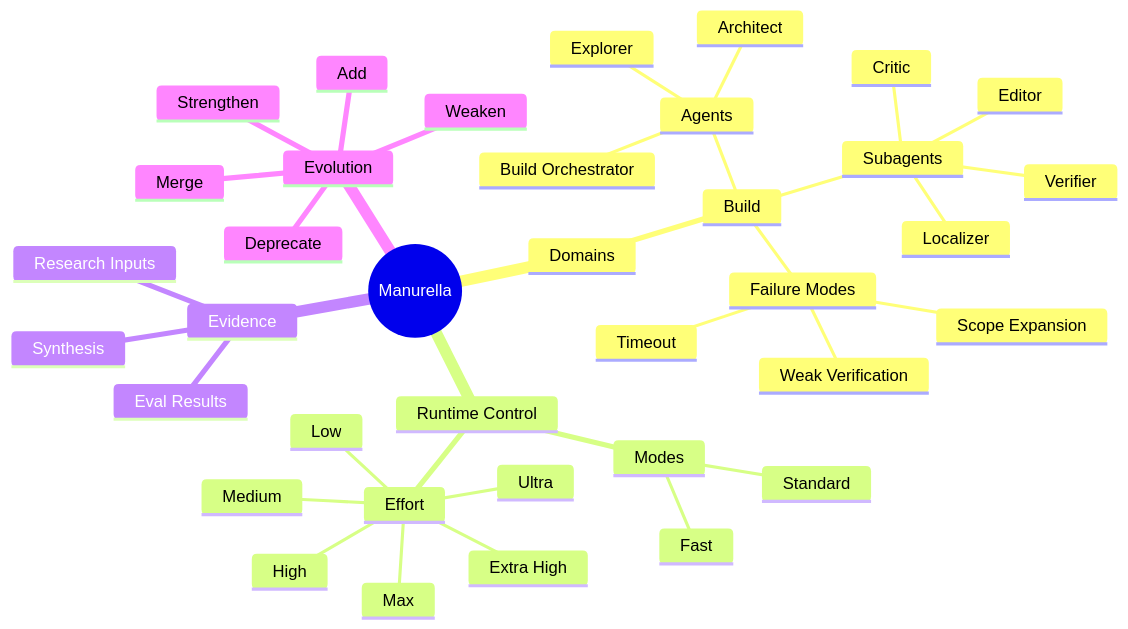
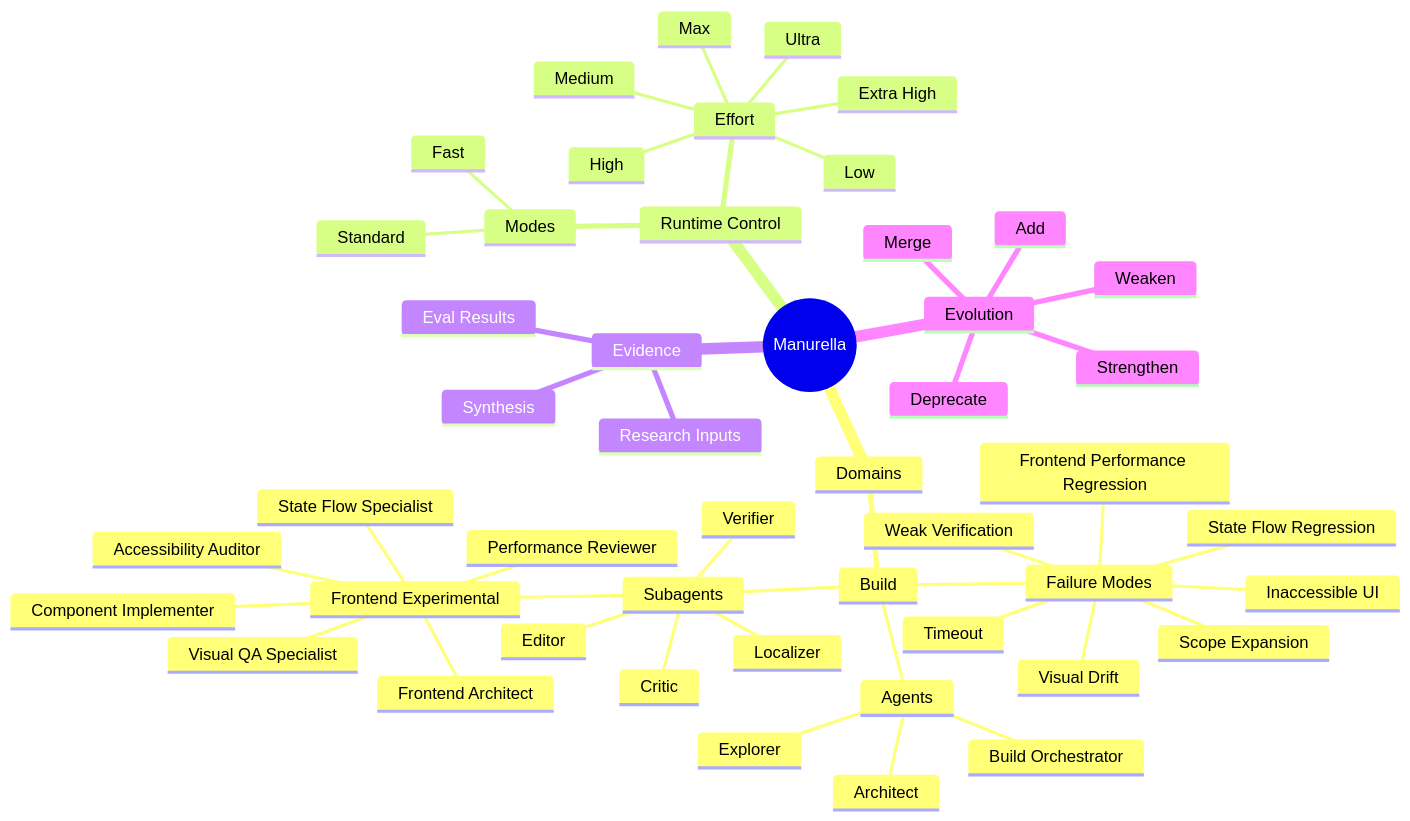
One commit to manurella/Manurella-Agentic-Framework changed the diagram in cognition/mindmap.md. Above: the diagram before and after it, drawn with Mermaid. The commit also changed other lines of this file and 1 other file, not shown here.

Commit message:
docs: Add experimental frontend graph slice

````diff
--- a/cognition/mindmap.md
+++ b/cognition/mindmap.md
@@ -3,40 +3,51 @@
 ```mermaid
 mindmap
   root((Manurella))
     Domains
       Build
         Agents
           Build Orchestrator
           Architect
           Explorer
         Subagents
           Localizer
           Editor
           Verifier
           Critic
+          Frontend Experimental
+            Frontend Architect
+            Component Implementer
+            State Flow Specialist
+            Accessibility Auditor
+            Visual QA Specialist
+            Performance Reviewer
         Failure Modes
           Scope Expansion
           Timeout
           Weak Verification
+          Inaccessible UI
+          Visual Drift
+          State Flow Regression
+          Frontend Performance Regression
     Runtime Control
       Modes
         Fast
         Standard
       Effort
         Low
         Medium
         High
         Extra High
         Max
         Ultra
     Evidence
       Research Inputs
       Synthesis
       Eval Results
     Evolution
       Add
       Strengthen
       Weaken
       Deprecate
       Merge
 ```
````
